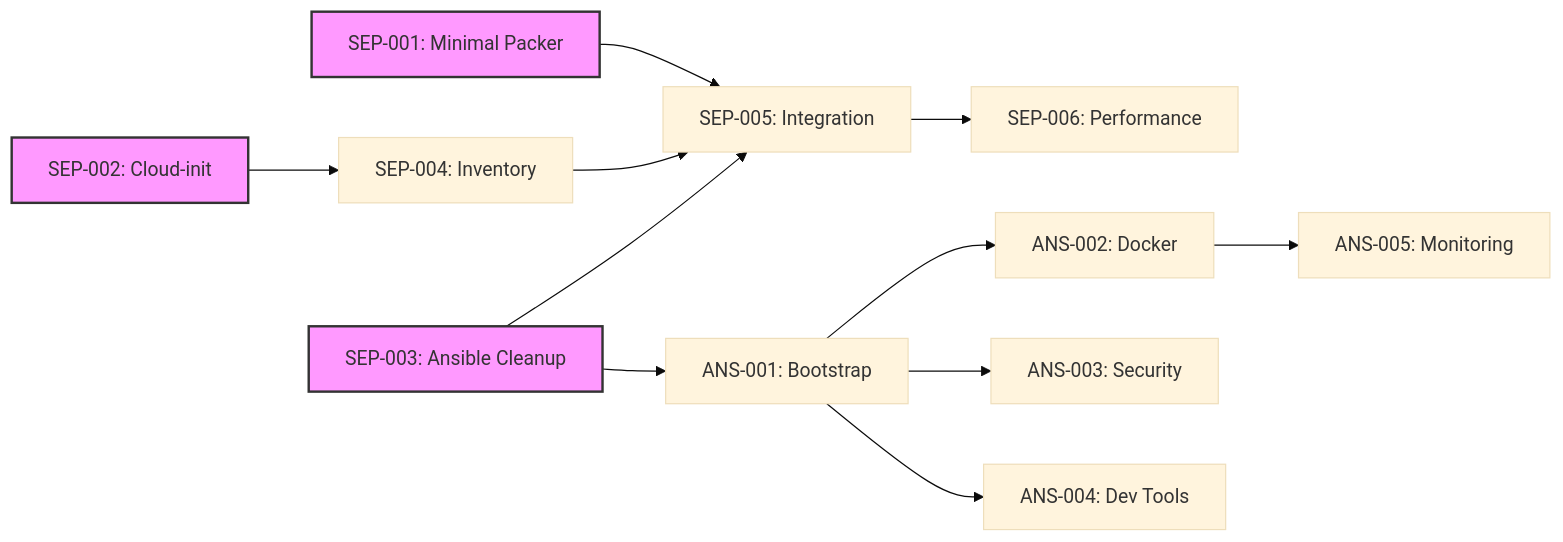
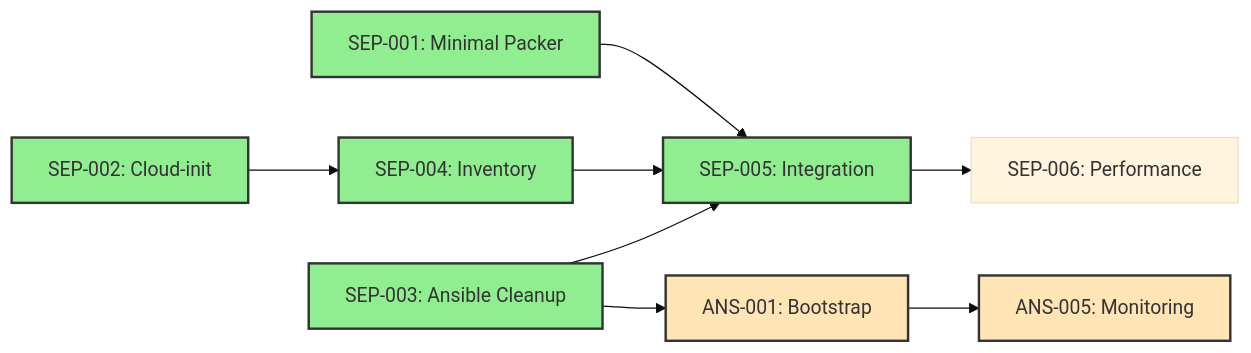
One commit to basher83/Sombrero-Edge-Control changed the first of 2 diagrams in docs/project/tasks/INDEX.md. Above: the diagram before and after it, drawn with Mermaid (base theme). The commit also changed other lines of this file, not shown here.

````diff
--- a/docs/project/tasks/INDEX.md
+++ b/docs/project/tasks/INDEX.md
@@ -67,18 +68,19 @@
 ```mermaid
 graph LR
     SEP001[SEP-001: Minimal Packer] --> SEP005[SEP-005: Integration]
     SEP002[SEP-002: Cloud-init] --> SEP004[SEP-004: Inventory]
     SEP003[SEP-003: Ansible Cleanup] --> ANS001[ANS-001: Bootstrap]
     SEP004 --> SEP005
     SEP003 --> SEP005
     SEP005 --> SEP006[SEP-006: Performance]
 
-    ANS001 --> ANS002[ANS-002: Docker]
-    ANS001 --> ANS003[ANS-003: Security]
-    ANS001 --> ANS004[ANS-004: Dev Tools]
-    ANS002 --> ANS005[ANS-005: Monitoring]
+    ANS001 --> ANS005[ANS-005: Monitoring]
 
-    style SEP001 fill:#f9f,stroke:#333,stroke-width:2px
-    style SEP002 fill:#f9f,stroke:#333,stroke-width:2px
-    style SEP003 fill:#f9f,stroke:#333,stroke-width:2px
+    style SEP001 fill:#90EE90,stroke:#333,stroke-width:2px
+    style SEP002 fill:#90EE90,stroke:#333,stroke-width:2px
+    style SEP003 fill:#90EE90,stroke:#333,stroke-width:2px
+    style SEP004 fill:#90EE90,stroke:#333,stroke-width:2px
+    style SEP005 fill:#90EE90,stroke:#333,stroke-width:2px
+    style ANS001 fill:#FFE4B5,stroke:#333,stroke-width:2px
+    style ANS005 fill:#FFE4B5,stroke:#333,stroke-width:2px
 ```
````
